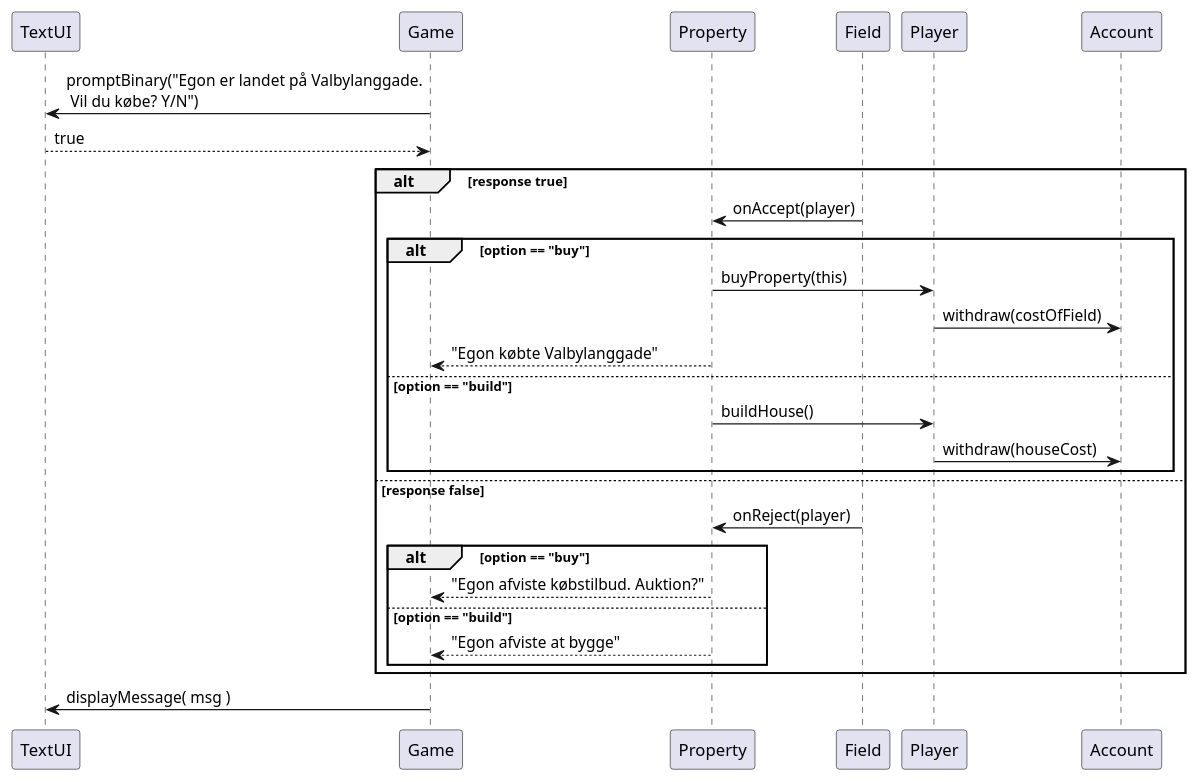
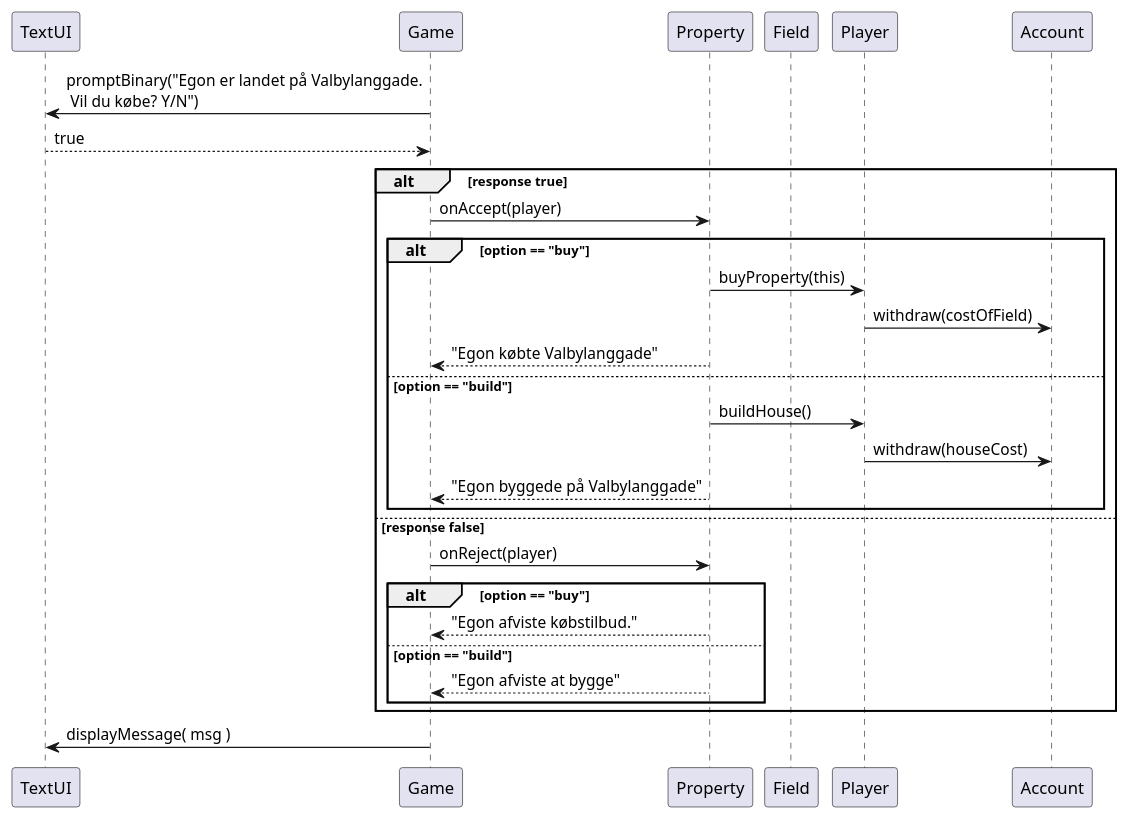
One commit to Dat1Cphbusiness/MonopolyF25 changed the diagram in doc/plan/dynamic/sequence_uc4_landAndAct_onAccept.puml. Above: the diagram before and after it, drawn with PlantUML. The commit also changed 10 other files, not shown here.

```diff
--- a/doc/plan/dynamic/sequence_uc4_landAndAct_onAccept.puml
+++ b/doc/plan/dynamic/sequence_uc4_landAndAct_onAccept.puml
@@ -1,42 +1,43 @@
 @startuml
 'https://plantuml.com/sequence-diagram
 participant TextUI as ui
 participant Game as game
 participant Property  as subField
 participant Field  as field
 
 game -> ui:promptBinary("Egon er landet på Valbylanggade.\n Vil du købe? Y/N")
 ui --> game: true
 
 'game -> field : msg = processResponse(player, response )
 
 alt response true
-    field  -> subField : onAccept(player)
+    game  -> subField : onAccept(player)
 
     alt option == "buy"
         subField  -> Player: buyProperty(this)
         Player -> Account : withdraw(costOfField)
         subField --> game : "Egon købte Valbylanggade"
 
     else option == "build"
              subField -> Player: buildHouse()
              Player -> Account : withdraw(houseCost)
+              subField --> game : "Egon byggede på Valbylanggade"
 
     end
 
 else response false
-    field -> subField : onReject(player)
+    game -> subField : onReject(player)
         alt option == "buy"
-            subField --> game: "Egon afviste købstilbud. Auktion?"
+            subField --> game: "Egon afviste købstilbud."
 
         else option == "build"
               subField --> game: "Egon afviste at bygge"
 
         end
 
     end
 
 
 game -> ui : displayMessage( msg )
 
 @enduml
```
